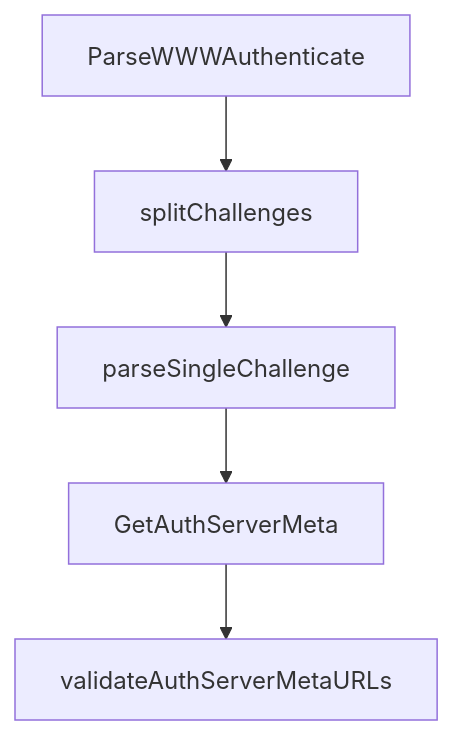
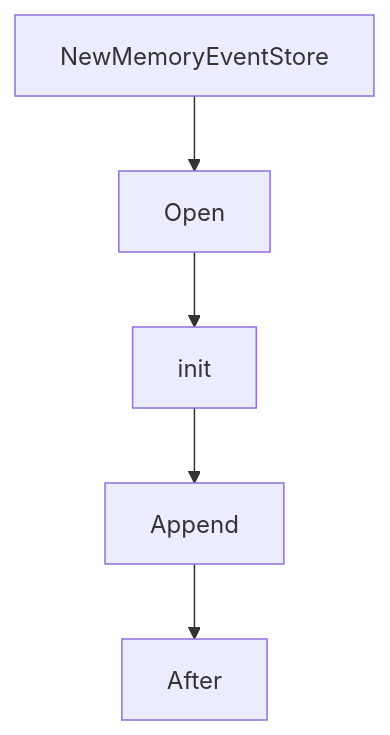
The diagram in tutorials/mcp-go-sdk-tutorial/07-testing-troubleshooting-and-rough-edges.md (johnxie/awesome-code-docs), drawn with Mermaid before and after one commit. The commit also changed other lines of this file and 1232 other files, not shown here.

````diff
--- a/tutorials/mcp-go-sdk-tutorial/07-testing-troubleshooting-and-rough-edges.md
+++ b/tutorials/mcp-go-sdk-tutorial/07-testing-troubleshooting-and-rough-edges.md
@@ -219,12 +217,12 @@
 ```mermaid
 flowchart TD
-    A[ParseWWWAuthenticate]
-    B[splitChallenges]
-    C[parseSingleChallenge]
-    D[GetAuthServerMeta]
-    E[validateAuthServerMetaURLs]
+    A[NewMemoryEventStore]
+    B[Open]
+    C[init]
+    D[Append]
+    E[After]
     A --> B
     B --> C
     C --> D
     D --> E
 ```
````
